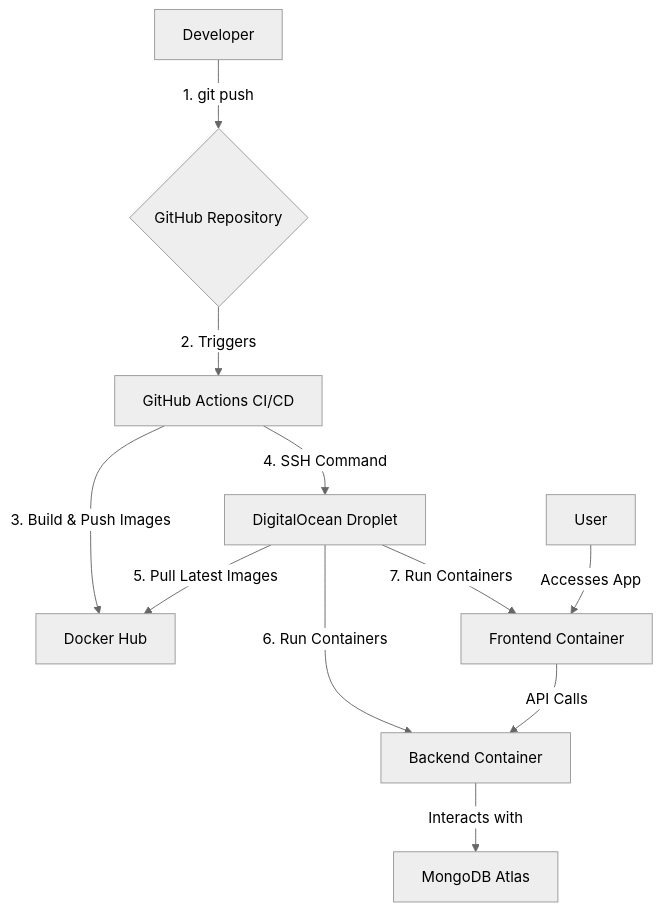
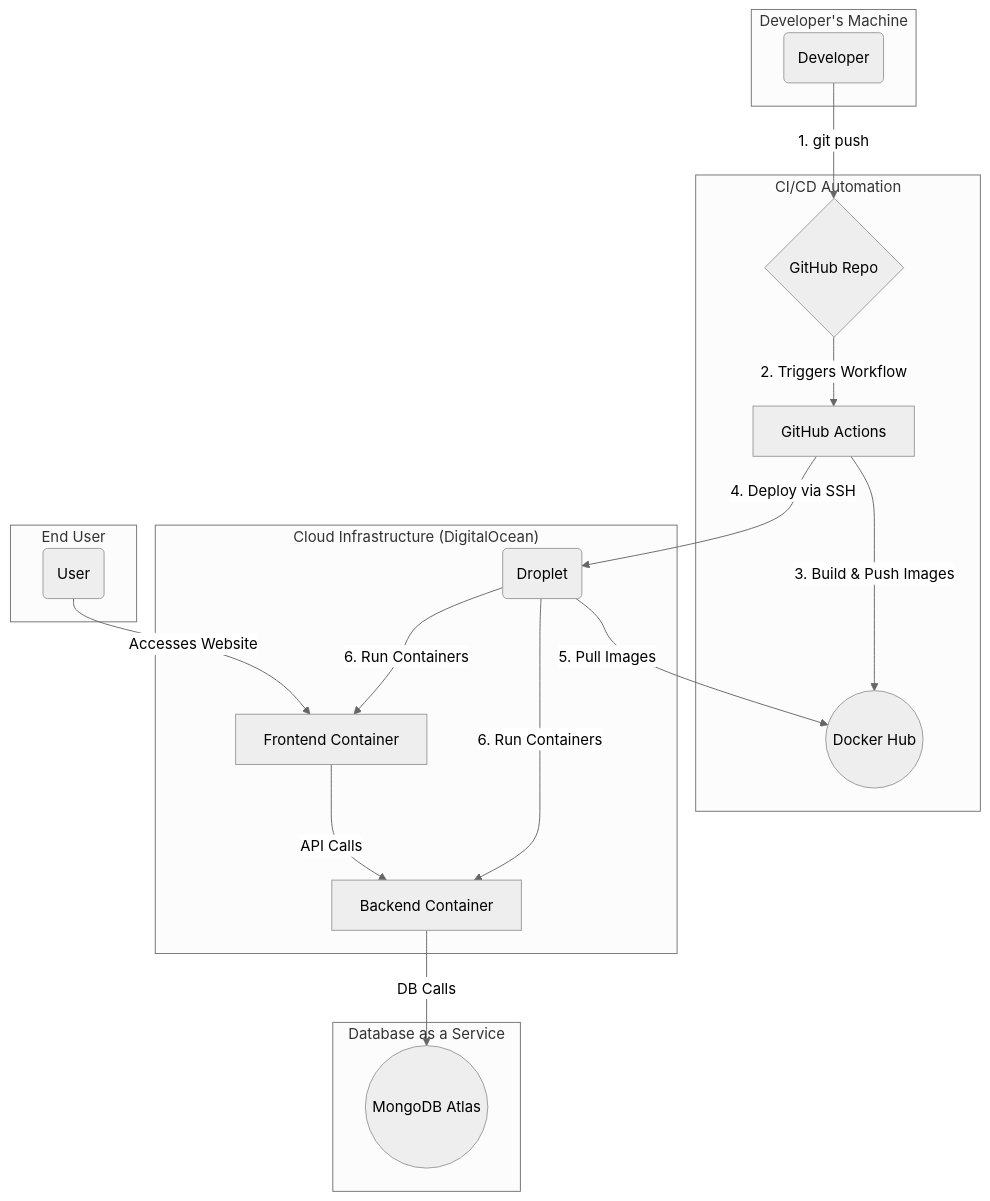
The diagram in README.md (karindragimhan49/CodeSnippetVault), drawn with Mermaid (neutral theme) before and after one commit. The commit also changed other lines of this file, not shown here.

````diff
--- a/README.md
+++ b/README.md
@@ -42,13 +42,36 @@
 ```mermaid
 graph TD
-    A[Developer] -- 1. git push --> B{GitHub Repository};
-    B -- 2. Triggers --> C[GitHub Actions CI/CD];
-    C -- 3. Build & Push Images --> D[Docker Hub];
-    C -- 4. SSH Command --> E[DigitalOcean Droplet];
-    E -- 5. Pull Latest Images --> D;
-    E -- 6. Run Containers --> F[Backend Container];
-    E -- 7. Run Containers --> G[Frontend Container];
-    F -- Interacts with --> H[MongoDB Atlas];
-    I[User] -- Accesses App --> G;
-    G -- API Calls --> F;
+    subgraph "Developer's Machine"
+        A(Developer)
+    end
+
+    subgraph "CI/CD Automation"
+        B{GitHub Repo}
+        C[GitHub Actions]
+        D((Docker Hub))
+    end
+    
+    subgraph "Cloud Infrastructure (DigitalOcean)"
+        E(Droplet)
+        F[Backend Container]
+        G[Frontend Container]
+    end
+
+    subgraph "Database as a Service"
+      H((MongoDB Atlas))
+    end
+
+    subgraph "End User"
+      I(User)
+    end
+
+    A -- "1. git push" --> B
+    B -- "2. Triggers Workflow" --> C
+    C -- "3. Build & Push Images" --> D
+    C -- "4. Deploy via SSH" --> E
+    E -- "5. Pull Images" --> D
+    E -- "6. Run Containers" --> F & G
+    F -- "DB Calls" --> H
+    I -- "Accesses Website" --> G
+    G -- "API Calls" --> F
 ```
````
